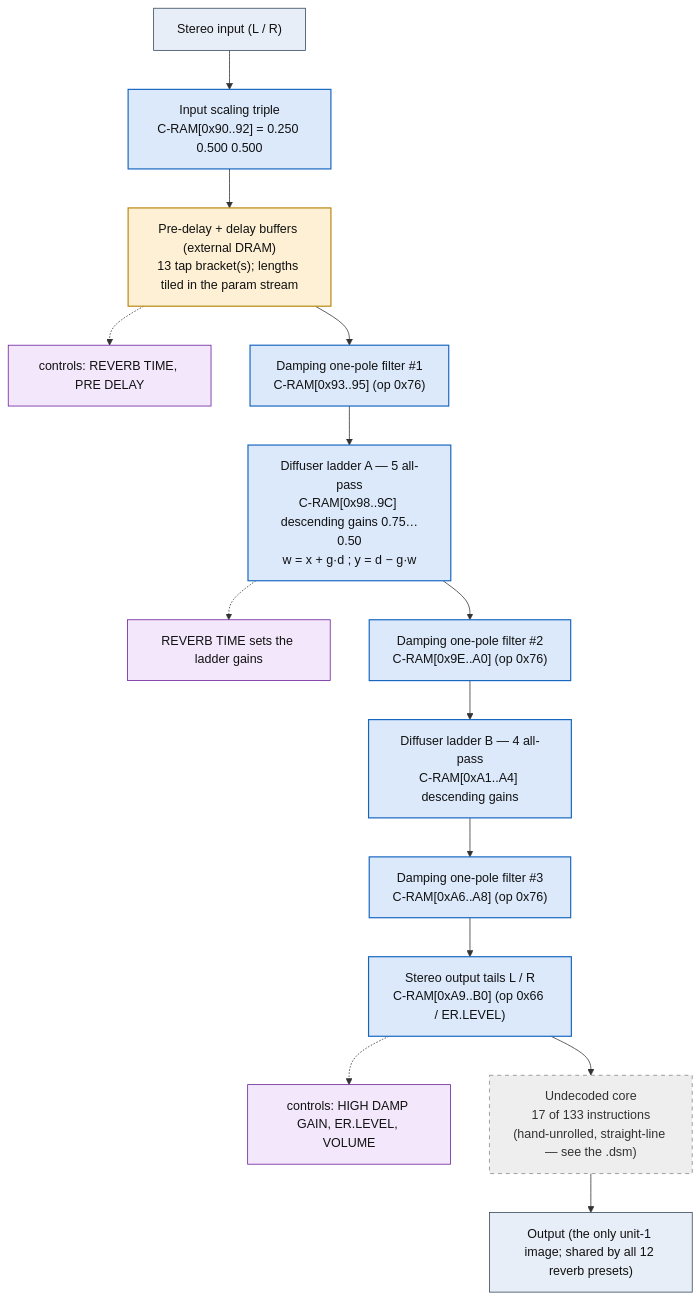
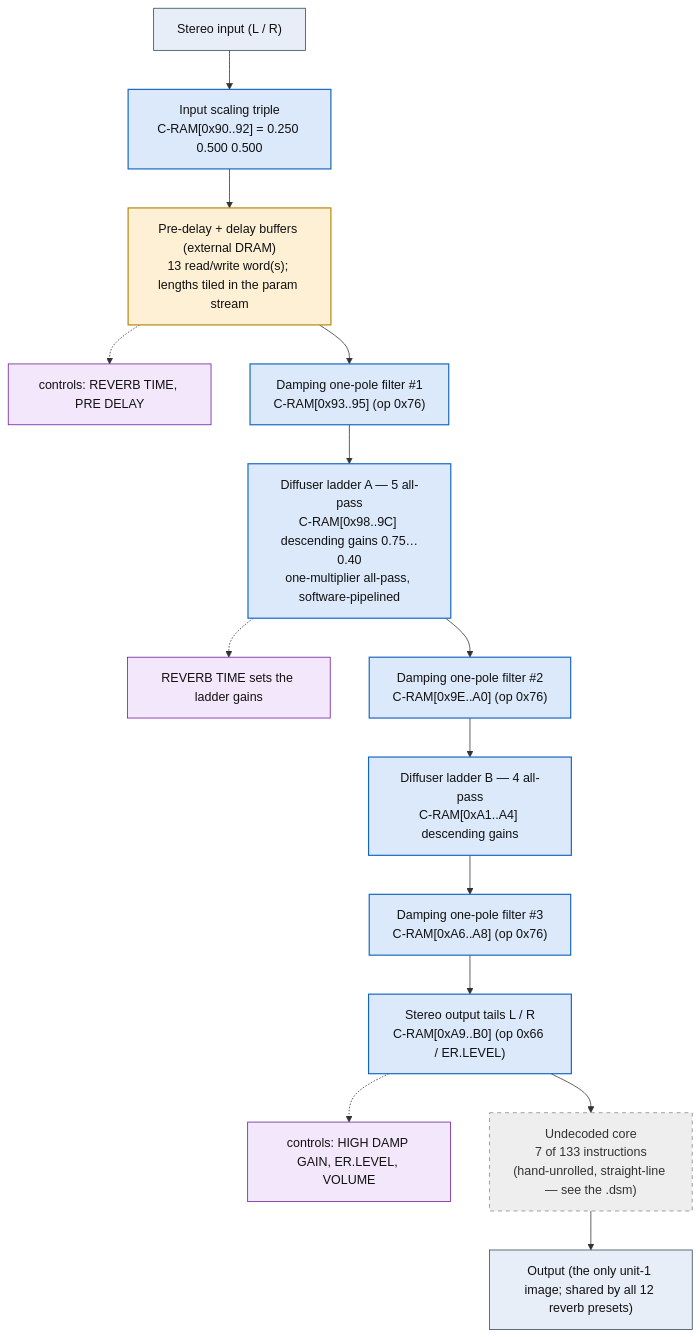
The diagram in flowcharts/prog16_room_reverb_1.md (ArqueologiaDigital/KN5000-docs), drawn with Mermaid before and after one commit. The commit also changed other lines of this file and 38 other files, not shown here.

First line of the commit message:
flowcharts: withdraw the envelope-detector reading, decode the DRAM accesses

````diff
--- a/flowcharts/prog16_room_reverb_1.md
+++ b/flowcharts/prog16_room_reverb_1.md
@@ -19,42 +19,42 @@
 ```mermaid
 flowchart TD
     N0["Stereo input (L / R)"]
     N1["Input scaling triple<br/>C-RAM[0x90..92] = 0.250 0.500 0.500"]
     N0 --> N1
-    N2["Pre-delay + delay buffers (external DRAM)<br/>13 tap bracket(s); lengths tiled in the param stream"]
+    N2["Pre-delay + delay buffers (external DRAM)<br/>13 read/write word(s); lengths tiled in the param stream"]
     N1 --> N2
     N3["controls: REVERB TIME, PRE DELAY"]
     N2 -.-> N3
     N4["Damping one-pole filter #1<br/>C-RAM[0x93..95] (op 0x76)"]
     N2 --> N4
-    N5["Diffuser ladder A &mdash; 5 all-pass<br/>C-RAM[0x98..9C] descending gains 0.75&hellip;0.50<br/>w = x + g&middot;d ; y = d &minus; g&middot;w"]
+    N5["Diffuser ladder A &mdash; 5 all-pass<br/>C-RAM[0x98..9C] descending gains 0.75&hellip;0.40<br/>one-multiplier all-pass, software-pipelined"]
     N4 --> N5
     N6["REVERB TIME sets the ladder gains"]
     N5 -.-> N6
     N7["Damping one-pole filter #2<br/>C-RAM[0x9E..A0] (op 0x76)"]
     N5 --> N7
     N8["Diffuser ladder B &mdash; 4 all-pass<br/>C-RAM[0xA1..A4] descending gains"]
     N7 --> N8
     N9["Damping one-pole filter #3<br/>C-RAM[0xA6..A8] (op 0x76)"]
     N8 --> N9
     N10["Stereo output tails L / R<br/>C-RAM[0xA9..B0] (op 0x66 / ER.LEVEL)"]
     N9 --> N10
     N11["controls: HIGH DAMP GAIN, ER.LEVEL, VOLUME"]
     N10 -.-> N11
-    N12["Undecoded core<br/>17 of 133 instructions<br/>(hand-unrolled, straight-line &mdash; see the .dsm)"]
+    N12["Undecoded core<br/>7 of 133 instructions<br/>(hand-unrolled, straight-line &mdash; see the .dsm)"]
     N10 --> N12
     N13["Output (the only unit-1 image; shared by all 12 reverb presets)"]
     N12 --> N13
 
     classDef io fill:#e8eef7,stroke:#33475b,stroke-width:1px,color:#111;
     classDef proven fill:#d7f0d7,stroke:#2e7d32,stroke-width:2px,color:#111;
     classDef measured fill:#dbe9fb,stroke:#1565c0,stroke-width:1.5px,color:#111;
     classDef inferred fill:#fdf0d5,stroke:#b8860b,stroke-width:1.5px,color:#111;
     classDef open fill:#eeeeee,stroke:#888,stroke-width:1px,color:#333,stroke-dasharray:5 5;
     classDef ctrl fill:#f3e8fb,stroke:#6a1b9a,stroke-width:1px,color:#111;
     class N0,N13 io;
     class N1,N4,N5,N7,N8,N9,N10 measured;
     class N2 inferred;
     class N3,N6,N11 ctrl;
     class N12 open;
 ```
````
